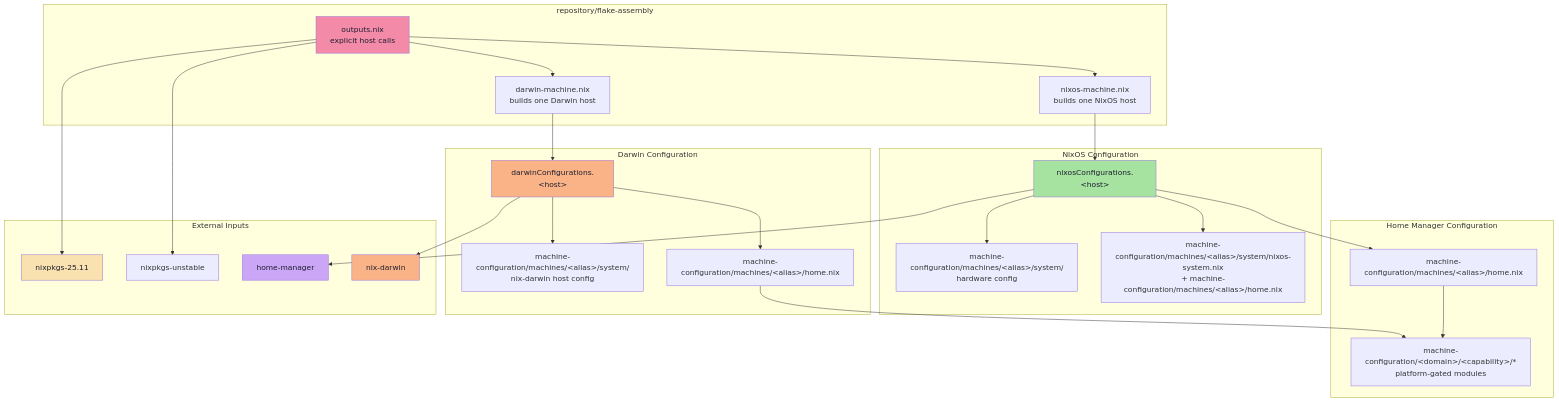
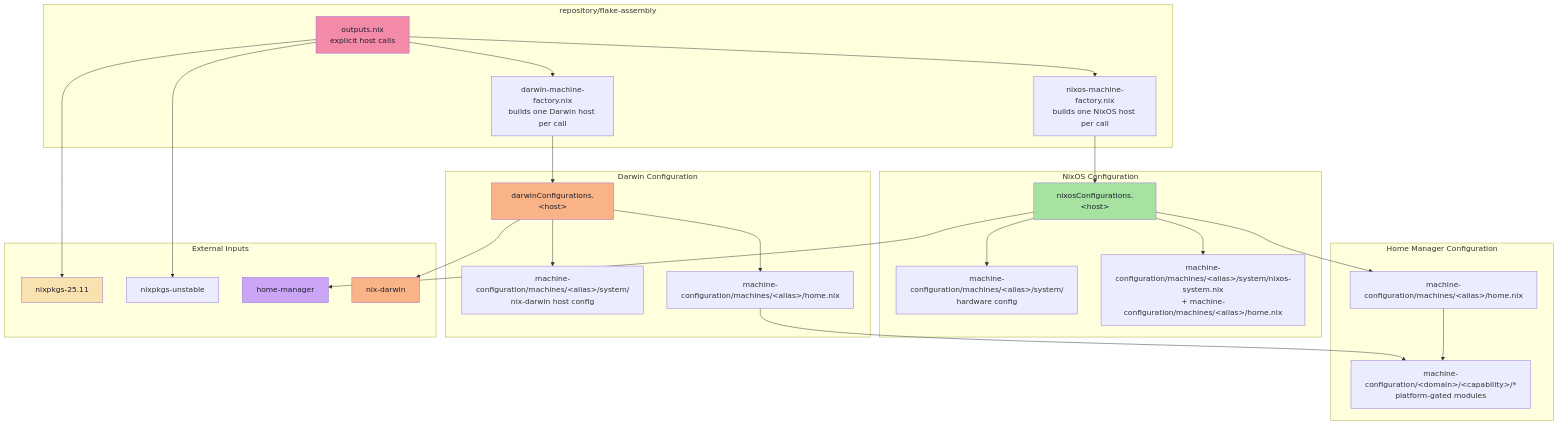
One commit to Castrozan/.dotfiles changed the diagram in README.md. Above: the diagram before and after it, drawn with Mermaid. The commit also changed other lines of this file and 5 other files, not shown here.

````diff
--- a/README.md
+++ b/README.md
@@ -137,59 +137,59 @@
 ```mermaid
 graph TD
     subgraph "repository/flake-assembly"
         Flake["outputs.nix<br/>explicit host calls"]
-        NixOSMachine["nixos-machine.nix<br/>builds one NixOS host"]
-        DarwinMachine["darwin-machine.nix<br/>builds one Darwin host"]
+        NixOSMachine["nixos-machine-factory.nix<br/>builds one NixOS host per call"]
+        DarwinMachine["darwin-machine-factory.nix<br/>builds one Darwin host per call"]
     end
 
     subgraph "NixOS Configuration"
         NixOS["nixosConfigurations.&lt;host&gt;"]
         Host["machine-configuration/machines/&lt;alias&gt;/system/<br/>hardware config"]
         UserNixOS["machine-configuration/machines/&lt;alias&gt;/system/nixos-system.nix<br/>+ machine-configuration/machines/&lt;alias&gt;/home.nix"]
     end
 
     subgraph "Darwin Configuration"
         Darwin["darwinConfigurations.&lt;host&gt;"]
         DarwinHost["machine-configuration/machines/&lt;alias&gt;/system/<br/>nix-darwin host config"]
         DarwinHome["machine-configuration/machines/&lt;alias&gt;/home.nix"]
     end
 
     subgraph "Home Manager Configuration"
         UserHome["machine-configuration/machines/&lt;alias&gt;/home.nix"]
         Modules["machine-configuration/&lt;domain&gt;/&lt;capability&gt;/*<br/>platform-gated modules"]
     end
 
     subgraph "External Inputs"
         Nixpkgs["nixpkgs-25.11"]
         Unstable["nixpkgs-unstable"]
         HM["home-manager"]
         ND["nix-darwin"]
     end
 
     Flake --> NixOSMachine
     Flake --> DarwinMachine
     NixOSMachine --> NixOS
     DarwinMachine --> Darwin
 
     NixOS --> Host
     NixOS --> UserNixOS
     NixOS --> HM
 
     Darwin --> DarwinHost
     Darwin --> DarwinHome
     Darwin --> ND
 
     NixOS --> UserHome
     UserHome --> Modules
     DarwinHome --> Modules
     
     Flake --> Nixpkgs
     Flake --> Unstable
 
     style Flake fill:#f38ba8,color:#1e1e2e
     style NixOS fill:#a6e3a1,color:#1e1e2e
     style Darwin fill:#fab387,color:#1e1e2e
     style Nixpkgs fill:#f9e2af,color:#1e1e2e
     style HM fill:#cba6f7,color:#1e1e2e
     style ND fill:#fab387,color:#1e1e2e
 ```
````
